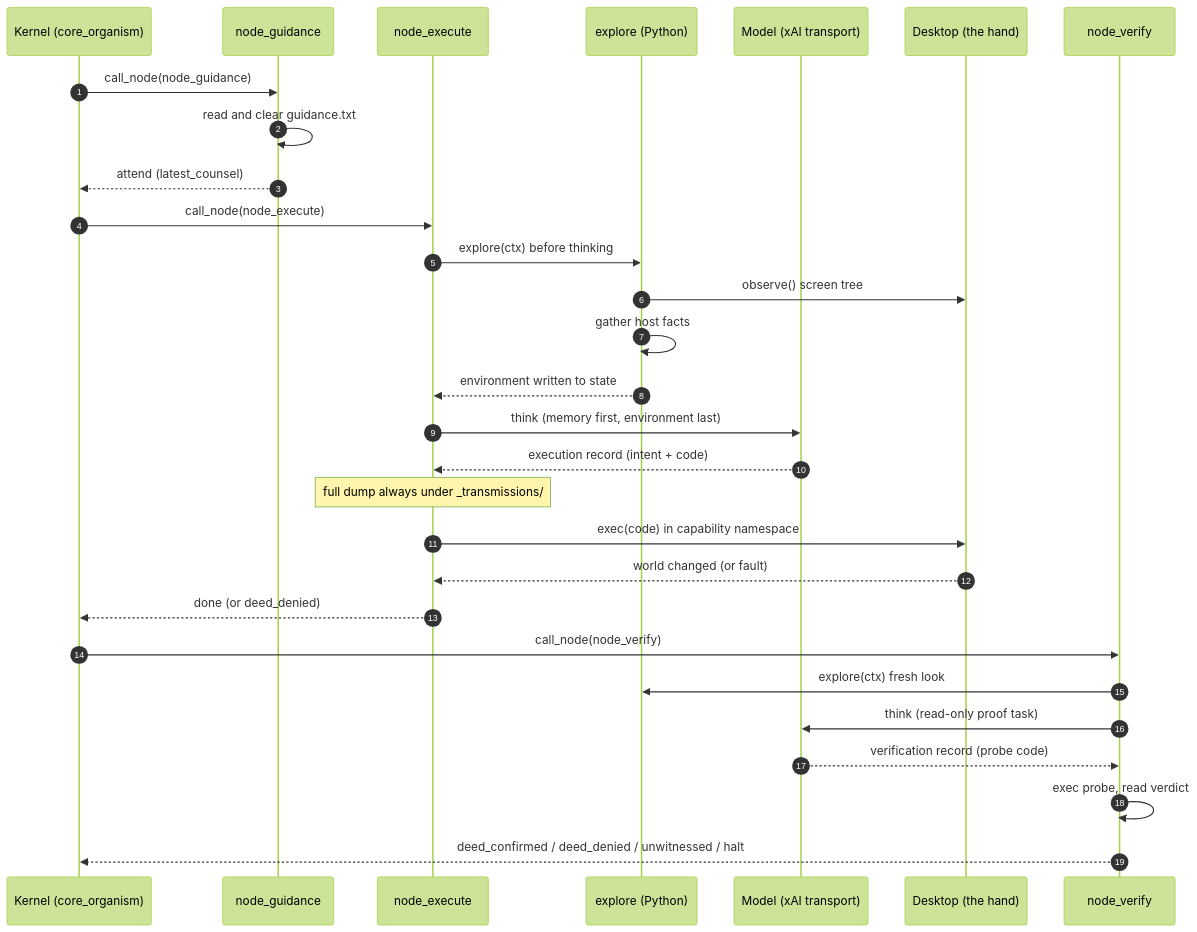
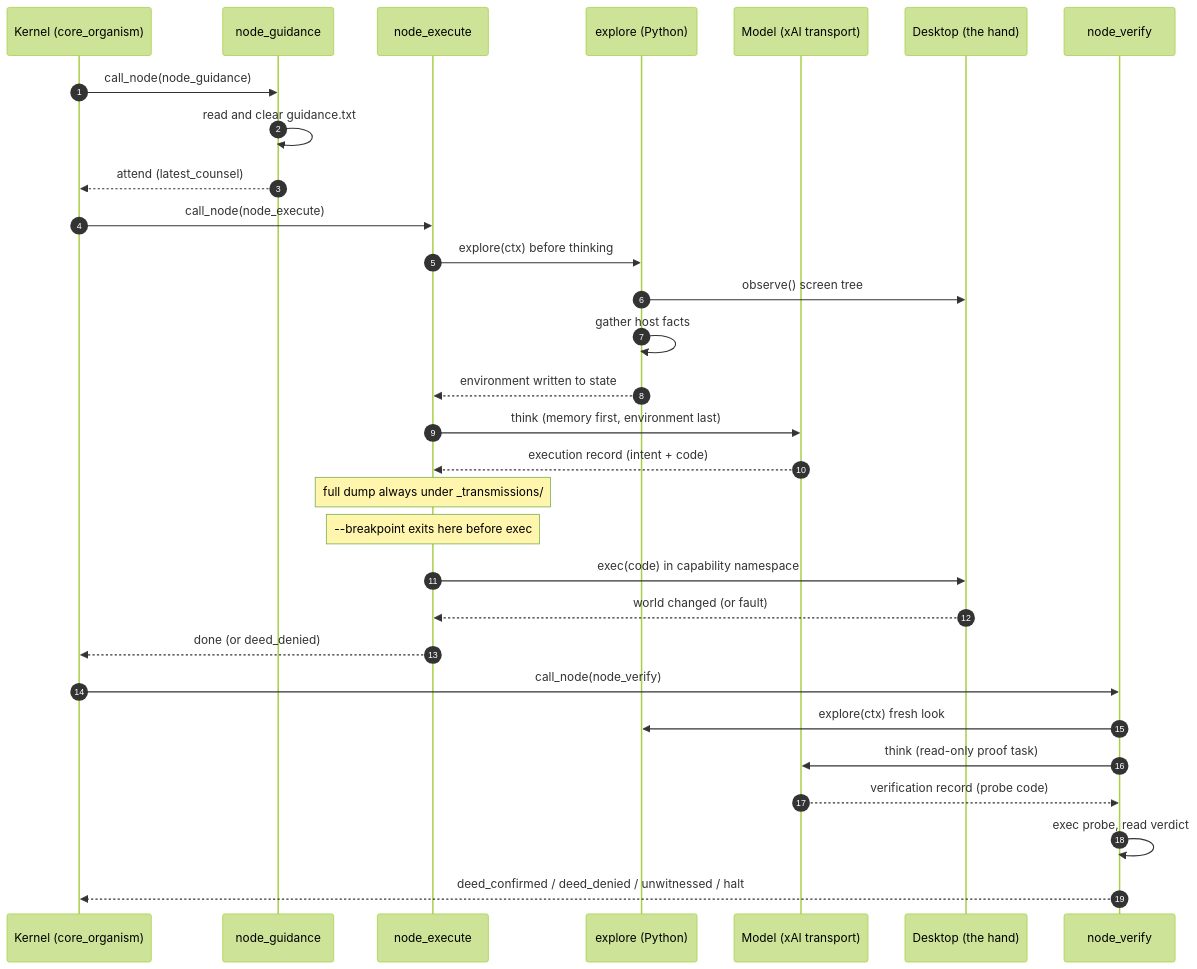
Before and after one commit to wgabrys88/endgame-ai: the third of 11 diagrams in README.md, drawn with Mermaid (forest theme). The commit also changed other lines of this file and 3 other files, not shown here.

````diff
--- a/README.md
+++ b/README.md
@@ -286,34 +349,35 @@
 ```mermaid
 sequenceDiagram
     autonumber
     participant K as Kernel (core_organism)
     participant GD as node_guidance
     participant EX as node_execute
     participant PY as explore (Python)
     participant M as Model (xAI transport)
     participant D as Desktop (the hand)
     participant VF as node_verify
 
     K->>GD: call_node(node_guidance)
     GD->>GD: read and clear guidance.txt
     GD-->>K: attend (latest_counsel)
 
     K->>EX: call_node(node_execute)
     EX->>PY: explore(ctx) before thinking
     PY->>D: observe() screen tree
     PY->>PY: gather host facts
     PY-->>EX: environment written to state
     EX->>M: think (memory first, environment last)
     M-->>EX: execution record (intent + code)
     Note over EX: full dump always under _transmissions/
+    Note over EX: --breakpoint exits here before exec
     EX->>D: exec(code) in capability namespace
     D-->>EX: world changed (or fault)
     EX-->>K: done (or deed_denied)
 
     K->>VF: call_node(node_verify)
     VF->>PY: explore(ctx) fresh look
     VF->>M: think (read-only proof task)
     M-->>VF: verification record (probe code)
     VF->>VF: exec probe, read verdict
     VF-->>K: deed_confirmed / deed_denied / unwitnessed / halt
 ```
````
